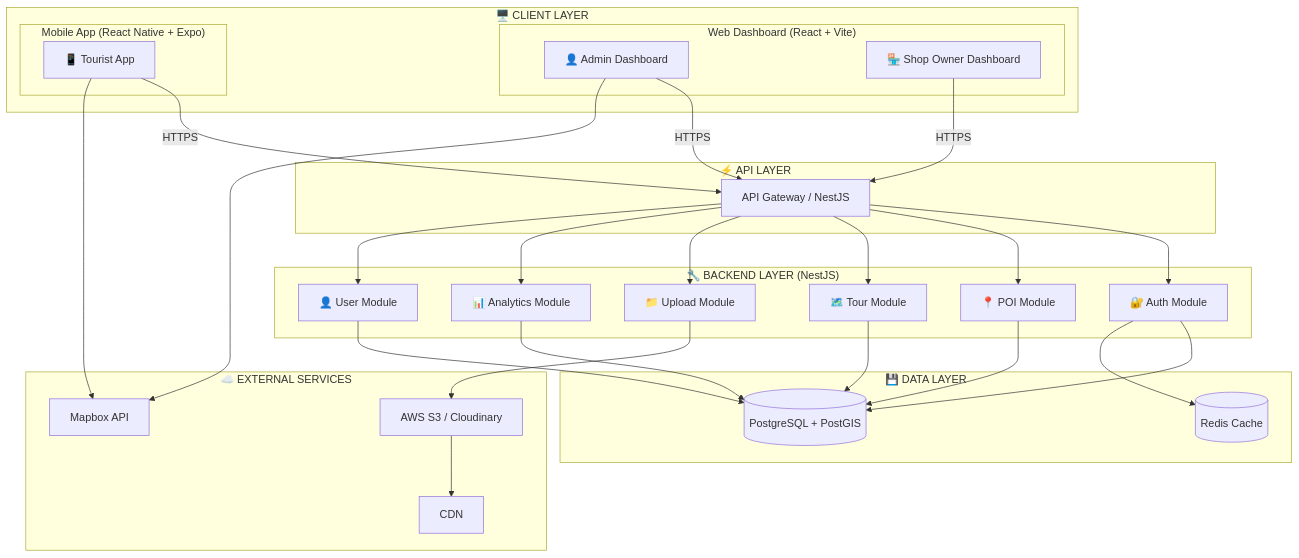
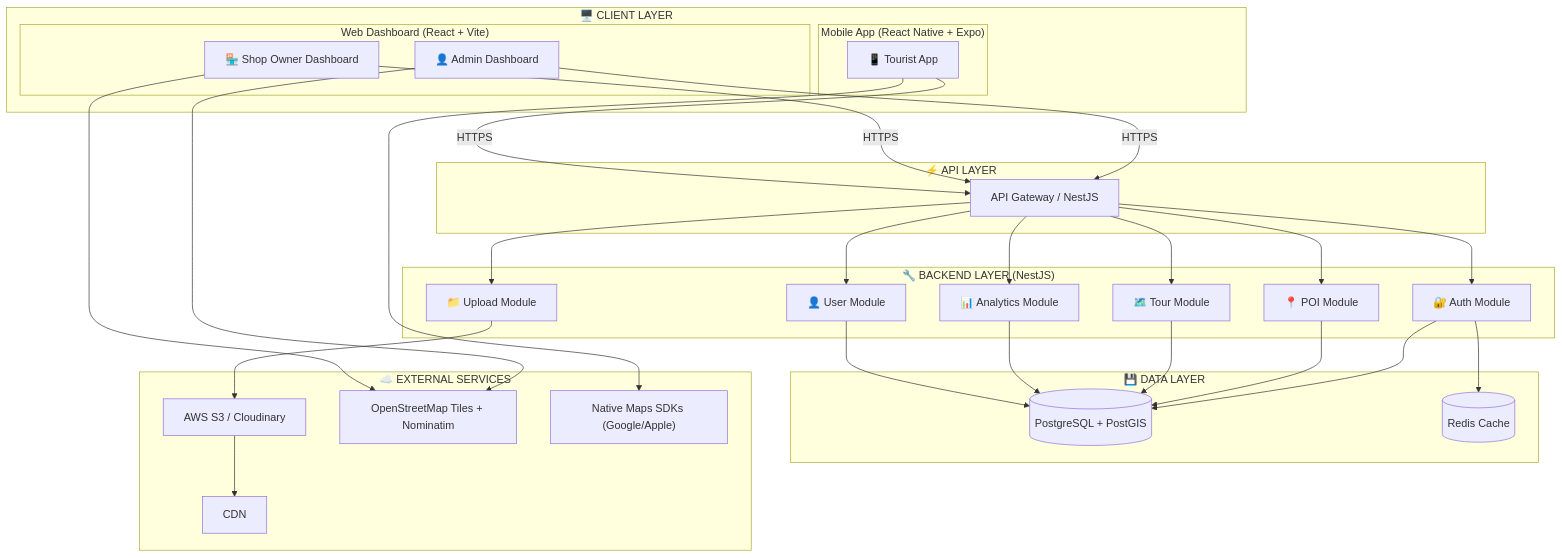
Before and after one commit to Ttuandatt/Seminar: the first of 7 diagrams in docs/step3_prd/17_component_diagram.md, drawn with Mermaid. The commit also changed other lines of this file and 13 other files, not shown here.

Commit message:
docs(prd): update personas, user stories, requirements, diagrams to reflect latest features

````diff
--- a/docs/step3_prd/17_component_diagram.md
+++ b/docs/step3_prd/17_component_diagram.md
@@ -12,59 +12,61 @@
 ```mermaid
 graph TB
     subgraph Client["🖥️ CLIENT LAYER"]
         subgraph Web["Web Dashboard (React + Vite)"]
             AdminUI["👤 Admin Dashboard"]
             ShopUI["🏪 Shop Owner Dashboard"]
         end
         subgraph Mobile["Mobile App (React Native + Expo)"]
             TouristApp["📱 Tourist App"]
         end
     end
 
     subgraph API["⚡ API LAYER"]
         Gateway["API Gateway / NestJS"]
     end
 
     subgraph Backend["🔧 BACKEND LAYER (NestJS)"]
         AuthModule["🔐 Auth Module"]
         POIModule["📍 POI Module"]
         TourModule["🗺️ Tour Module"]
         UploadModule["📁 Upload Module"]
         AnalyticsModule["📊 Analytics Module"]
         UserModule["👤 User Module"]
     end
 
     subgraph Data["💾 DATA LAYER"]
         DB[("PostgreSQL + PostGIS")]
         Cache[("Redis Cache")]
     end
 
     subgraph External["☁️ EXTERNAL SERVICES"]
         S3["AWS S3 / Cloudinary"]
-        Mapbox["Mapbox API"]
+        OSM["OpenStreetMap Tiles + Nominatim"]
+        NativeMaps["Native Maps SDKs (Google/Apple)"]
         CDN["CDN"]
     end
 
     AdminUI -->|HTTPS| Gateway
     ShopUI -->|HTTPS| Gateway
     TouristApp -->|HTTPS| Gateway
 
     Gateway --> AuthModule
     Gateway --> POIModule
     Gateway --> TourModule
     Gateway --> UploadModule
     Gateway --> AnalyticsModule
     Gateway --> UserModule
 
     AuthModule --> DB
     AuthModule --> Cache
     POIModule --> DB
     TourModule --> DB
     UploadModule --> S3
     AnalyticsModule --> DB
     UserModule --> DB
 
-    TouristApp --> Mapbox
-    AdminUI --> Mapbox
+    TouristApp --> NativeMaps
+    AdminUI --> OSM
+    ShopUI --> OSM
     S3 --> CDN
 ```
````
